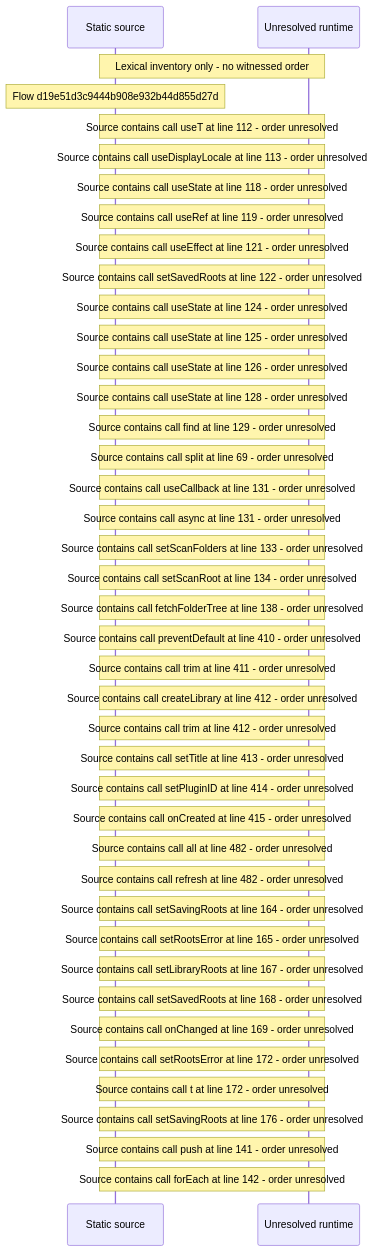
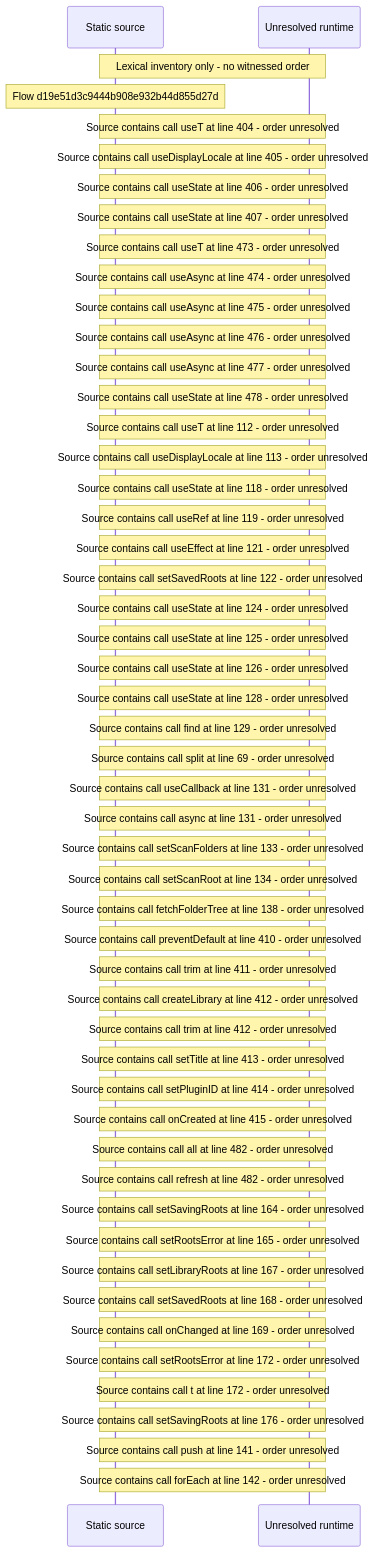
The diagram in docs/web/flows/generated/d19e51d3c9444b908e932b44d855d27d/flow-diagram.md (beamfall/core), drawn with Mermaid before and after one commit. The commit also changed other lines of this file and 699 other files, not shown here.

Commit message:
Regenerate the web flow record with flow generator version 5

````diff
--- a/docs/web/flows/generated/d19e51d3c9444b908e932b44d855d27d/flow-diagram.md
+++ b/docs/web/flows/generated/d19e51d3c9444b908e932b44d855d27d/flow-diagram.md
@@ -10,43 +10,53 @@
 ```mermaid
 sequenceDiagram
     participant S as Static source
     participant U as Unresolved runtime
     Note over S,U: Lexical inventory only - no witnessed order
     Note over S: Flow d19e51d3c9444b908e932b44d855d27d
+    Note over S,U: Source contains call useT at line 404 - order unresolved
+    Note over S,U: Source contains call useDisplayLocale at line 405 - order unresolved
+    Note over S,U: Source contains call useState at line 406 - order unresolved
+    Note over S,U: Source contains call useState at line 407 - order unresolved
+    Note over S,U: Source contains call useT at line 473 - order unresolved
+    Note over S,U: Source contains call useAsync at line 474 - order unresolved
+    Note over S,U: Source contains call useAsync at line 475 - order unresolved
+    Note over S,U: Source contains call useAsync at line 476 - order unresolved
+    Note over S,U: Source contains call useAsync at line 477 - order unresolved
+    Note over S,U: Source contains call useState at line 478 - order unresolved
     Note over S,U: Source contains call useT at line 112 - order unresolved
     Note over S,U: Source contains call useDisplayLocale at line 113 - order unresolved
     Note over S,U: Source contains call useState at line 118 - order unresolved
     Note over S,U: Source contains call useRef at line 119 - order unresolved
     Note over S,U: Source contains call useEffect at line 121 - order unresolved
     Note over S,U: Source contains call setSavedRoots at line 122 - order unresolved
     Note over S,U: Source contains call useState at line 124 - order unresolved
     Note over S,U: Source contains call useState at line 125 - order unresolved
     Note over S,U: Source contains call useState at line 126 - order unresolved
     Note over S,U: Source contains call useState at line 128 - order unresolved
     Note over S,U: Source contains call find at line 129 - order unresolved
     Note over S,U: Source contains call split at line 69 - order unresolved
     Note over S,U: Source contains call useCallback at line 131 - order unresolved
     Note over S,U: Source contains call async at line 131 - order unresolved
     Note over S,U: Source contains call setScanFolders at line 133 - order unresolved
     Note over S,U: Source contains call setScanRoot at line 134 - order unresolved
     Note over S,U: Source contains call fetchFolderTree at line 138 - order unresolved
     Note over S,U: Source contains call preventDefault at line 410 - order unresolved
     Note over S,U: Source contains call trim at line 411 - order unresolved
     Note over S,U: Source contains call createLibrary at line 412 - order unresolved
     Note over S,U: Source contains call trim at line 412 - order unresolved
     Note over S,U: Source contains call setTitle at line 413 - order unresolved
     Note over S,U: Source contains call setPluginID at line 414 - order unresolved
     Note over S,U: Source contains call onCreated at line 415 - order unresolved
     Note over S,U: Source contains call all at line 482 - order unresolved
     Note over S,U: Source contains call refresh at line 482 - order unresolved
     Note over S,U: Source contains call setSavingRoots at line 164 - order unresolved
     Note over S,U: Source contains call setRootsError at line 165 - order unresolved
     Note over S,U: Source contains call setLibraryRoots at line 167 - order unresolved
     Note over S,U: Source contains call setSavedRoots at line 168 - order unresolved
     Note over S,U: Source contains call onChanged at line 169 - order unresolved
     Note over S,U: Source contains call setRootsError at line 172 - order unresolved
     Note over S,U: Source contains call t at line 172 - order unresolved
     Note over S,U: Source contains call setSavingRoots at line 176 - order unresolved
     Note over S,U: Source contains call push at line 141 - order unresolved
     Note over S,U: Source contains call forEach at line 142 - order unresolved
 ```
````
